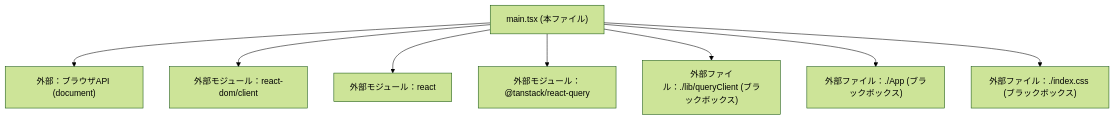
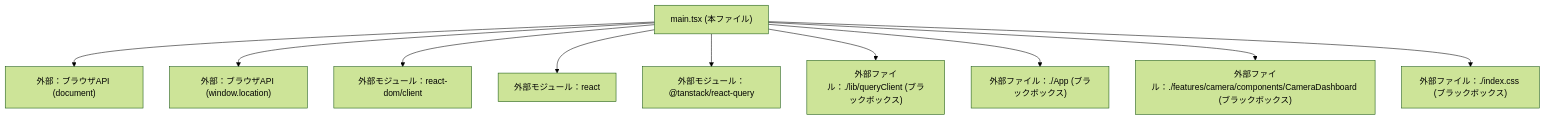
Before and after one commit to mmtigers/my_python_project: the second of 2 diagrams in docs/specifications/family-quest/main.md, drawn with Mermaid (forest theme). The commit also changed other lines of this file and 47 other files, not shown here.

````diff
--- a/docs/specifications/family-quest/main.md
+++ b/docs/specifications/family-quest/main.md
@@ -57,11 +64,13 @@
 ```mermaid
 graph TD
     Main["main.tsx (本ファイル)"] --> Document["外部：ブラウザAPI (document)"]
+    Main --> Location["外部：ブラウザAPI (window.location)"]
     Main --> ReactDOM["外部モジュール：react-dom/client"]
     Main --> React["外部モジュール：react"]
     Main --> ReactQuery["外部モジュール：@tanstack/react-query"]
     Main --> QueryClient["外部ファイル：./lib/queryClient (ブラックボックス)"]
     Main --> App["外部ファイル：./App (ブラックボックス)"]
+    Main --> CameraDashboard["外部ファイル：./features/camera/components/CameraDashboard (ブラックボックス)"]
     Main --> CSS["外部ファイル：./index.css (ブラックボックス)"]
 
 ```
````
